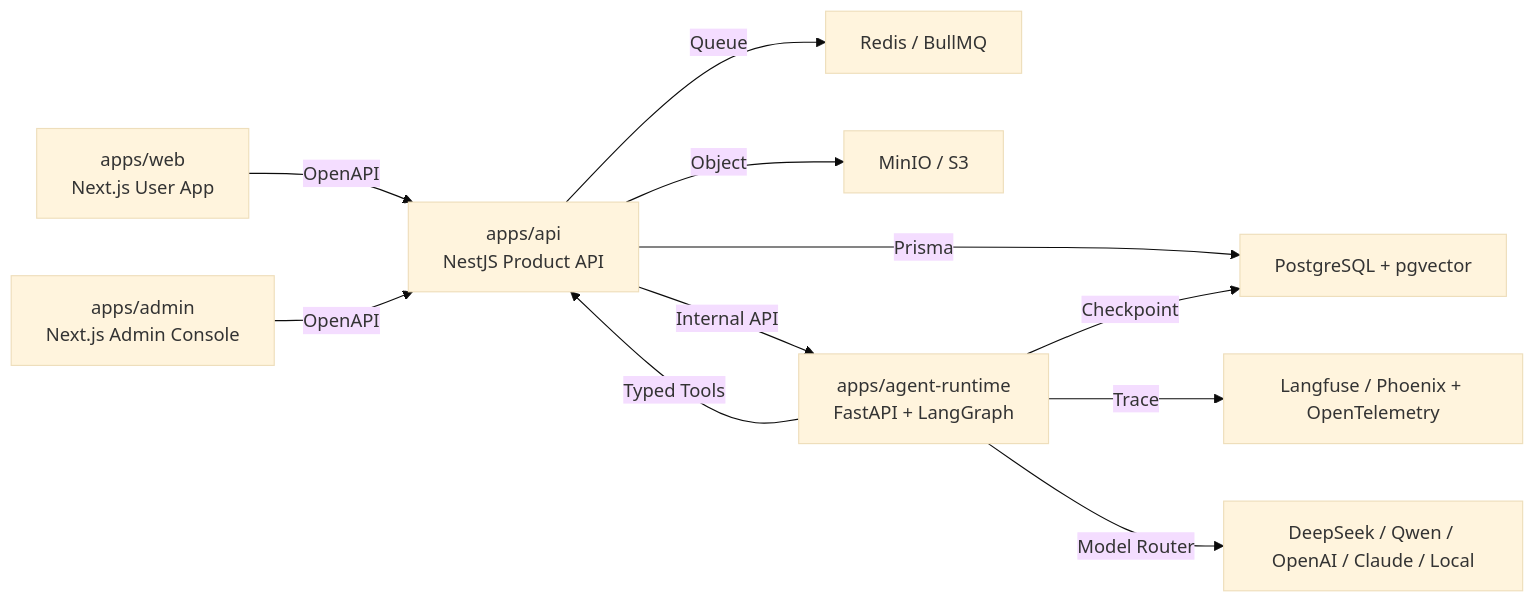
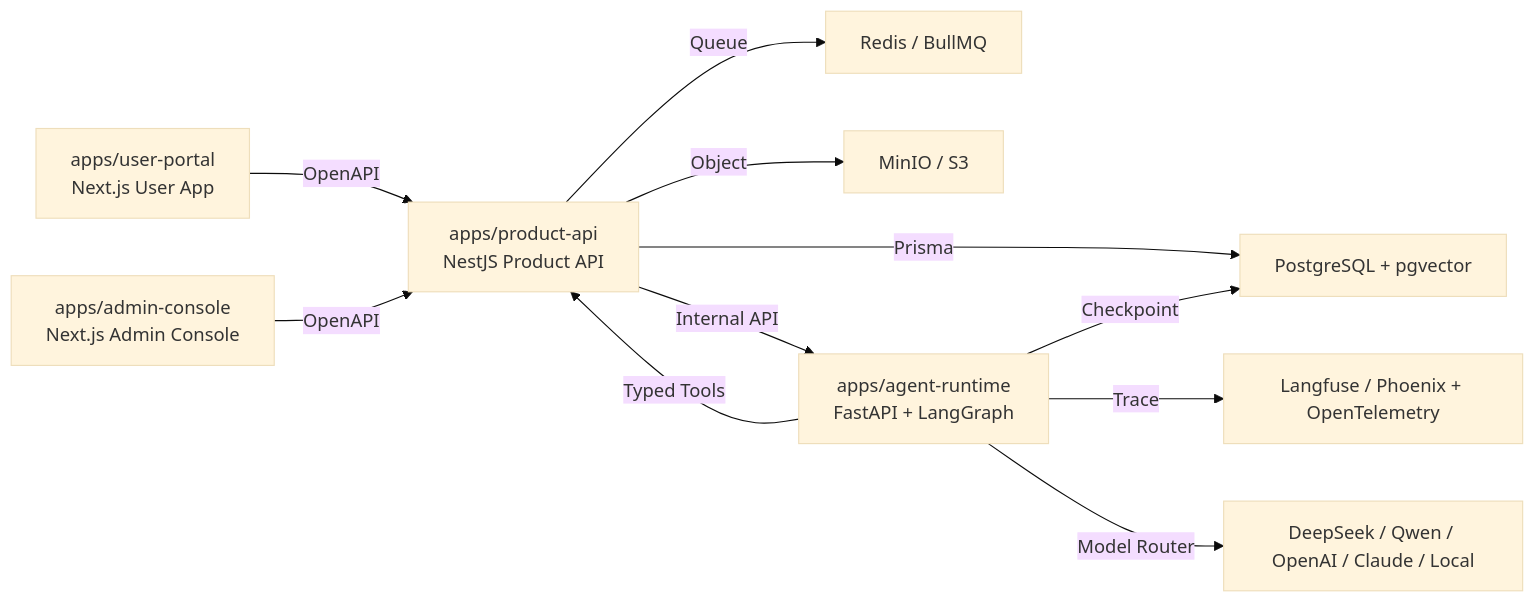
Before and after one commit to xiaoniuge36/interview-agent: the first of 10 diagrams in 技术方案/面试Agent-技术方案.md, drawn with Mermaid (base theme). The commit also changed other lines of this file and 176 other files, not shown here.

````diff
--- a/技术方案/面试Agent-技术方案.md
+++ b/技术方案/面试Agent-技术方案.md
@@ -57,15 +57,15 @@
 ```mermaid
 flowchart LR
-  Web["apps/web\nNext.js User App"] -- OpenAPI --> API["apps/api\nNestJS Product API"]
-  Admin["apps/admin\nNext.js Admin Console"] -- OpenAPI --> API
+  Web["apps/user-portal\nNext.js User App"] -- OpenAPI --> API["apps/product-api\nNestJS Product API"]
+  Admin["apps/admin-console\nNext.js Admin Console"] -- OpenAPI --> API
 
   API -- Prisma --> DB["PostgreSQL + pgvector"]
   API -- Queue --> Redis["Redis / BullMQ"]
   API -- Object --> MinIO["MinIO / S3"]
   API -- Internal API --> Agent["apps/agent-runtime\nFastAPI + LangGraph"]
 
   Agent -- Typed Tools --> API
   Agent -- Checkpoint --> DB
   Agent -- Trace --> Obs["Langfuse / Phoenix + OpenTelemetry"]
   Agent -- Model Router --> Model["DeepSeek / Qwen / OpenAI / Claude / Local"]
 ```
````
